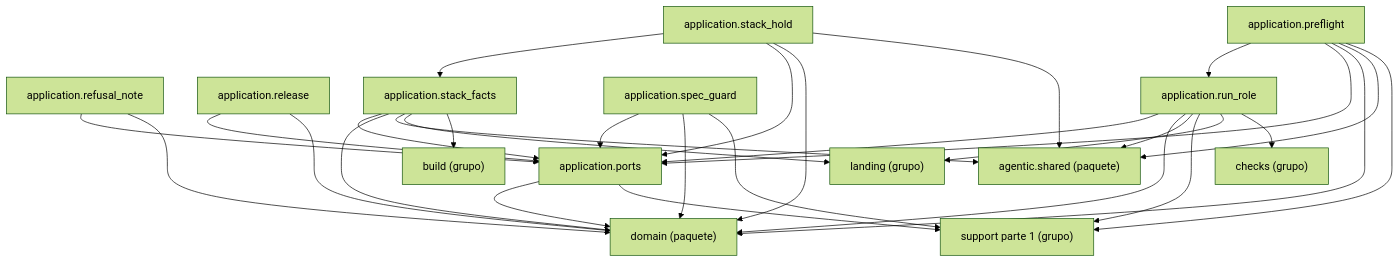
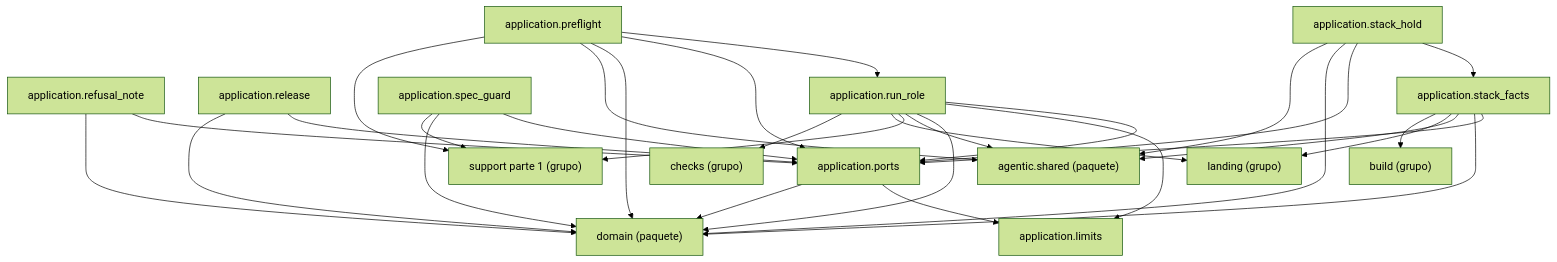
One commit to GonzaloZevallos/agentic-system changed the diagram in docs/architecture/generated/packages-process-application-support-2.md. Above: the diagram before and after it, drawn with Mermaid (forest theme). The commit also changed 18 other files, not shown here.

````diff
--- a/docs/architecture/generated/packages-process-application-support-2.md
+++ b/docs/architecture/generated/packages-process-application-support-2.md
@@ -17,46 +17,48 @@
 ```mermaid
 graph TD
     g_application__build["build (grupo)"]
     g_application__checks["checks (grupo)"]
     g_application__landing["landing (grupo)"]
     g_application__support__1["support parte 1 (grupo)"]
     g_pkg__agentic__shared["agentic.shared (paquete)"]
     g_pkg__domain["domain (paquete)"]
+    m_application__limits["application.limits"]
     m_application__ports["application.ports"]
     m_application__preflight["application.preflight"]
     m_application__refusal_note["application.refusal_note"]
     m_application__release["application.release"]
     m_application__run_role["application.run_role"]
     m_application__spec_guard["application.spec_guard"]
     m_application__stack_facts["application.stack_facts"]
     m_application__stack_hold["application.stack_hold"]
-    m_application__ports --> g_application__support__1
     m_application__ports --> g_pkg__domain
+    m_application__ports --> m_application__limits
     m_application__preflight --> g_application__support__1
     m_application__preflight --> g_pkg__agentic__shared
     m_application__preflight --> g_pkg__domain
     m_application__preflight --> m_application__ports
     m_application__preflight --> m_application__run_role
     m_application__refusal_note --> g_pkg__domain
     m_application__refusal_note --> m_application__ports
     m_application__release --> g_pkg__domain
     m_application__release --> m_application__ports
     m_application__run_role --> g_application__checks
     m_application__run_role --> g_application__landing
     m_application__run_role --> g_application__support__1
     m_application__run_role --> g_pkg__agentic__shared
     m_application__run_role --> g_pkg__domain
+    m_application__run_role --> m_application__limits
     m_application__run_role --> m_application__ports
     m_application__spec_guard --> g_application__support__1
     m_application__spec_guard --> g_pkg__domain
     m_application__spec_guard --> m_application__ports
     m_application__stack_facts --> g_application__build
     m_application__stack_facts --> g_application__landing
     m_application__stack_facts --> g_pkg__agentic__shared
     m_application__stack_facts --> g_pkg__domain
     m_application__stack_facts --> m_application__ports
     m_application__stack_hold --> g_pkg__agentic__shared
     m_application__stack_hold --> g_pkg__domain
     m_application__stack_hold --> m_application__ports
     m_application__stack_hold --> m_application__stack_facts
 ```
````
